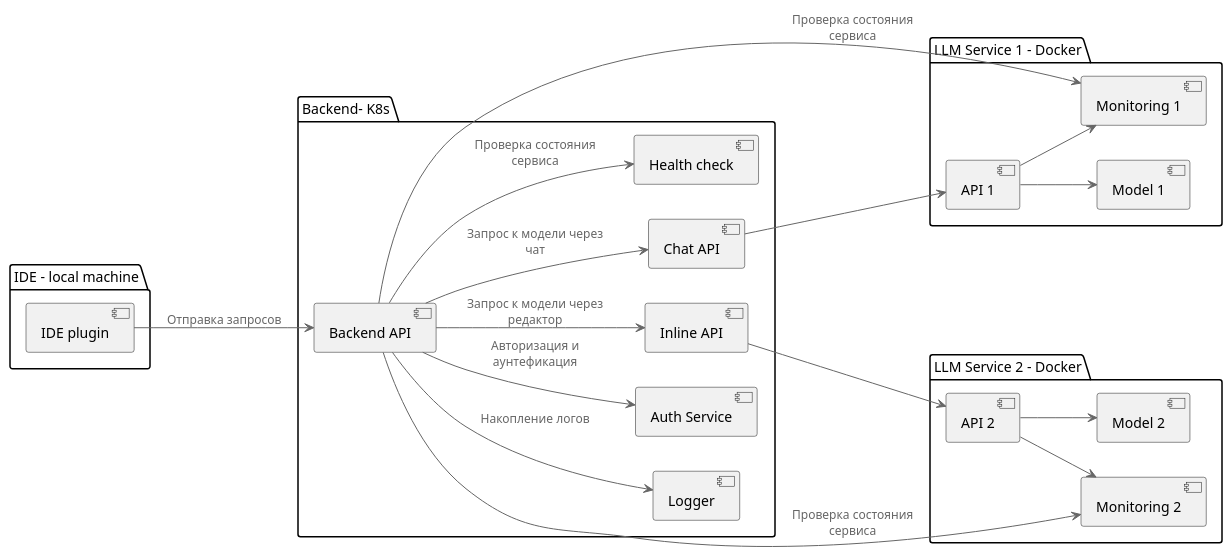
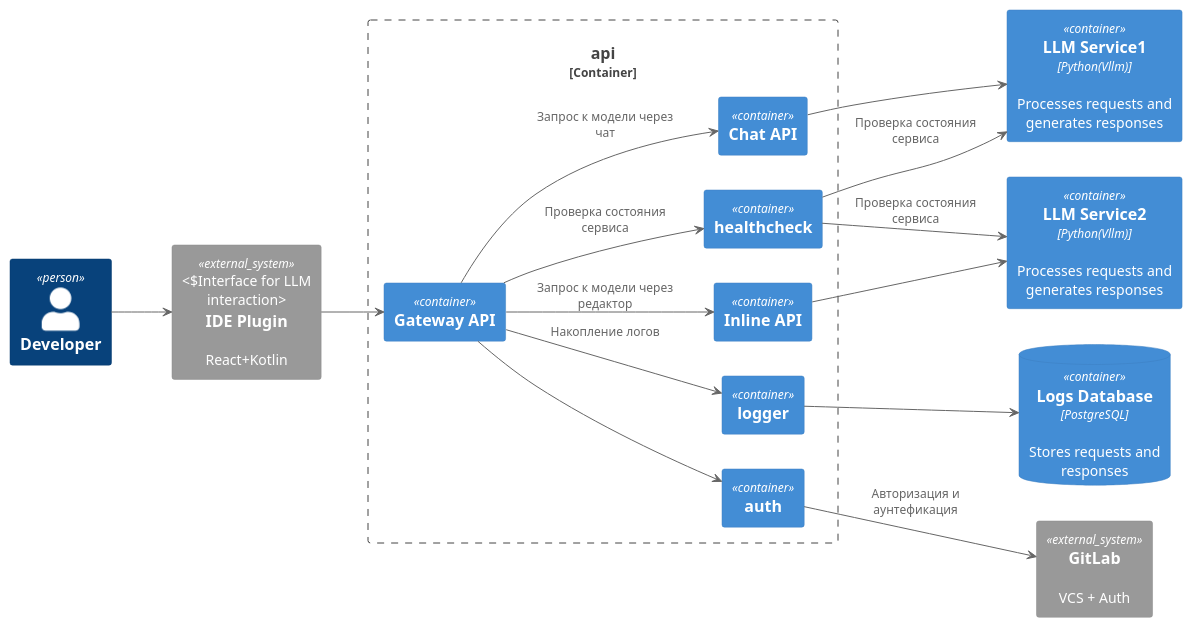
One commit to disk0Dancer/hse-se-paps changed the third of 3 diagrams in docs/LabWork2.md. Above: the diagram before and after it, drawn with PlantUML. The commit also changed other lines of this file, not shown here.

Commit message:
docs: upd lab2

````diff
--- a/docs/LabWork2.md
+++ b/docs/LabWork2.md
@@ -145,36 +141,43 @@
 ```plantuml
 @startuml
 !include https://raw.githubusercontent.com/plantuml-stdlib/C4-PlantUML/master/C4_Container.puml
 left to right direction
+Person(dev, "Developer")
+System_Ext(idePlugin, "IDE Plugin", "React+Kotlin", "Interface for LLM interaction")
+System_Ext(gitlab, "GitLab", "VCS + Auth")
 
-package "LLM Service 1 - Docker" {
-    [API 1] --> [Model 1]
-    [API 1] --> [Monitoring 1]
-}
-
-package "LLM Service 2 - Docker" {
-    [API 2] --> [Model 2]
-    [API 2] --> [Monitoring 2]
-}
+Container(llmService1, "LLM Service1", "Python(Vllm)", "Processes requests and generates responses")
+Container(llmService2, "LLM Service2", "Python(Vllm)", "Processes requests and generates responses")
 
 
-package "Backend- K8s" {
-    [Backend API] --> [Logger] : Накопление логов
+Container_Boundary(back, "api") {
+    Container(gateway, "Gateway API")
+    Container(chat, "Chat API")
+    Container(inline, "Inline API")
+    Container(healthcheck, "healthcheck")
+    Container(logger, "logger")
+    Container(auth, "auth")
+}
+ContainerDb(database, "Logs Database", "PostgreSQL", "Stores requests and responses")
 
-    [Backend API] --> [Auth Service] : Авторизация и аунтефикация
-    [Backend API] --> [Chat API] : Запрос к модели через чат
-    [Chat API] --> [API 1]
-    [Backend API] --> [Inline API] : Запрос к модели через редактор
-    [Inline API] --> [API 2]
 
-    [Backend API] --> [Health check] : Проверка состояния сервиса
-    [Backend API] --> [Monitoring 1] : Проверка состояния сервиса
-    [Backend API] --> [Monitoring 2] : Проверка состояния сервиса
-}
 
-package "IDE - local machine" {
-    [IDE plugin] --> [Backend API] : Отправка запросов
-}
+dev --> idePlugin
+idePlugin --> gateway
+[gateway] --> [logger] : Накопление логов
+logger --> database
+gateway --> auth 
+auth --> gitlab : Авторизация и аунтефикация
+
+[gateway] --> [chat] : Запрос к модели через чат
+[chat] --> [llmService1]
+[gateway] --> [inline] : Запрос к модели через редактор
+[inline] --> [llmService2]
+
+[gateway] --> [healthcheck] : Проверка состояния сервиса
+[healthcheck] --> [llmService1] : Проверка состояния сервиса
+[healthcheck] --> [llmService2] : Проверка состояния сервиса
+
 
 @enduml
 ```
````
